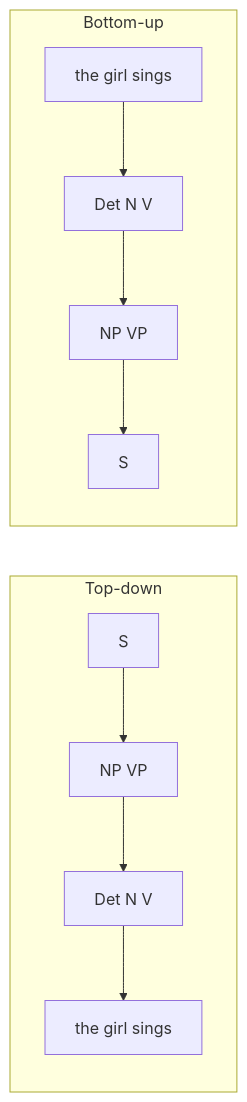
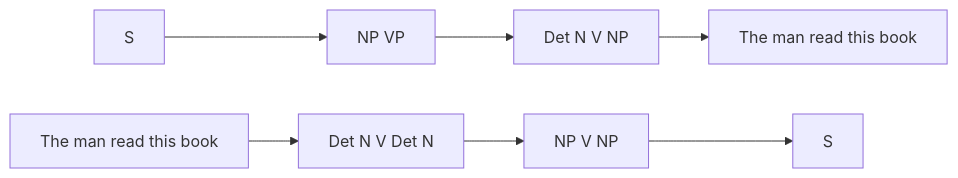
Before and after one commit to TrendySloth1001/sem-seven-notes: the first of 5 diagrams in content/natural-language-processing/notes/cfg-parsing.hi.mdx, drawn with Mermaid. The commit also changed other lines of this file and 406 other files, not shown here.

````diff
--- a/content/natural-language-processing/notes/cfg-parsing.hi.mdx
+++ b/content/natural-language-processing/notes/cfg-parsing.hi.mdx
@@ -184,12 +49,6 @@
 ```mermaid
-%% caption: Same tree pe do search directions. Top-down S se words tak predict karta hua neeche jaata hai. Bottom-up words se S tak combine karta hua upar jaata hai.
+%% caption: Dono directions. Upar wali row S ko words tak failati hai; neeche wali row words ko S tak reduce karti hai.
 flowchart LR
-  subgraph TD1["Top-down"]
-    direction TB
-    A1["S"] --> A2["NP VP"] --> A3["Det N V"] --> A4["the girl sings"]
-  end
-  subgraph BU1["Bottom-up"]
-    direction TB
-    B4["the girl sings"] --> B3["Det N V"] --> B2["NP VP"] --> B1["S"]
-  end
+  A1["S"] --> A2["NP VP"] --> A3["Det N V NP"] --> A4["The man read this book"]
+  B1["The man read this book"] --> B2["Det N V Det N"] --> B3["NP V NP"] --> B4["S"]
 ```
````
